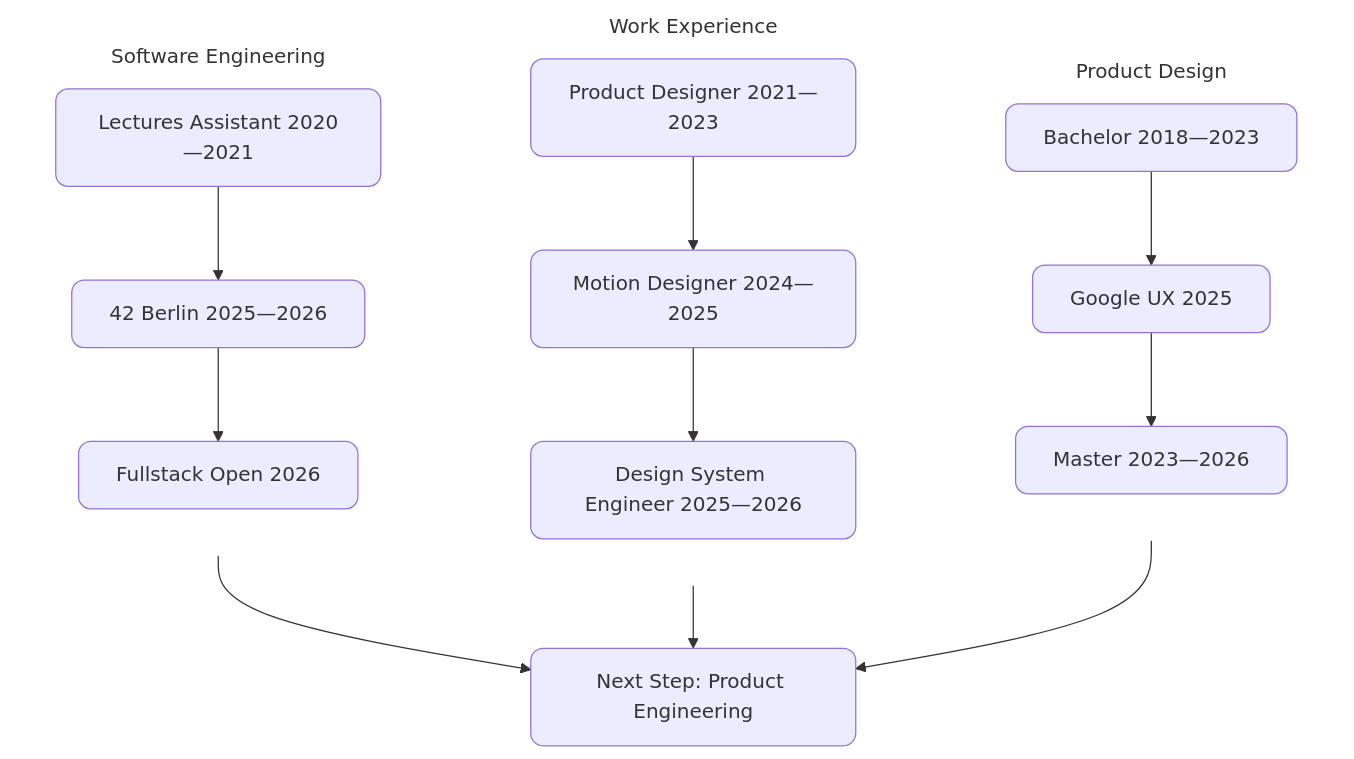
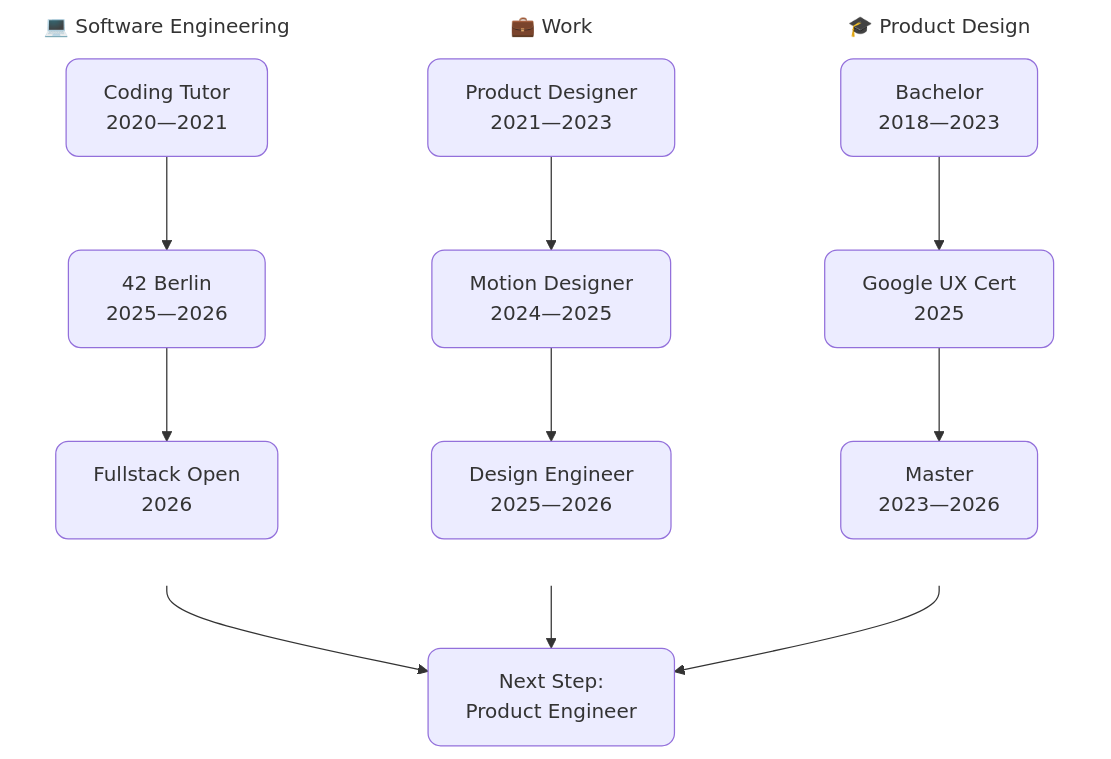
The diagram in README.md (Kopfdreher/Kopfdreher), drawn with Mermaid before and after one commit. The commit also changed other lines of this file, not shown here.

````diff
--- a/README.md
+++ b/README.md
@@ -30,27 +29,27 @@
 ```mermaid
 graph TD
     classDef card rx:10,ry:10
 
-    subgraph EDU [Product Design]
+    subgraph EDU [🎓 Product Design]
         direction TB
-        E1[Bachelor 2018—2023] --> E2[Google UX 2025] --> E3[Master 2023—2026]
+        E1[Bachelor<br/>2018—2023] --> E2[Google UX Cert<br/>2025] --> E3[Master<br/>2023—2026]
     end
     style EDU fill:none,stroke:none
 
-    subgraph JOB [Work Experience]
+    subgraph JOB [💼 Work]
         direction TB
-        J1[Product Designer 2021—2023] --> J2[Motion Designer 2024—2025] --> J3[Design System Engineer 2025—2026]
+        J1[Product Designer<br/>2021—2023] --> J2[Motion Designer<br/>2024—2025] --> J3[Design Engineer<br/>2025—2026]
     end
     style JOB fill:none,stroke:none
 
-    subgraph SWE [Software Engineering]
+    subgraph SWE [💻 Software Engineering]
         direction TB
-        S1[Lectures Assistant 2020—2021] --> S2[42 Berlin 2025—2026] --> S3[Fullstack Open 2026]
+        S1[Coding Tutor<br/>2020—2021] --> S2[42 Berlin<br/>2025—2026] --> S3[Fullstack Open<br/>2026]
     end
     style SWE fill:none,stroke:none
 
-    E3 --> JOIN[Next Step: Product Engineering]
+    E3 --> JOIN[Next Step:<br/>Product Engineer]
     J3 --> JOIN
     S3 --> JOIN
     class E1,E2,E3,J1,J2,J3,S1,S2,S3,JOIN card
 ```
````
